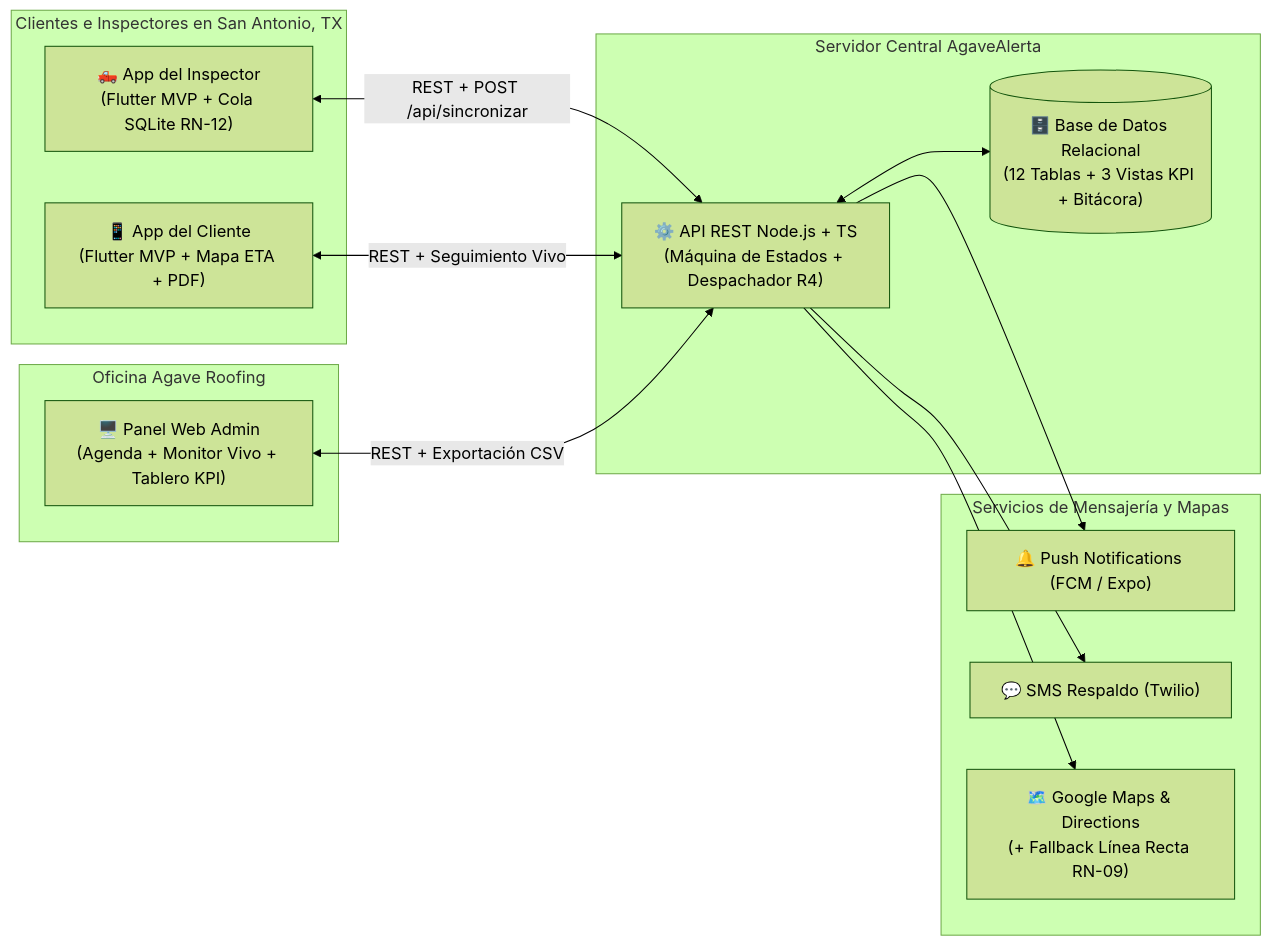
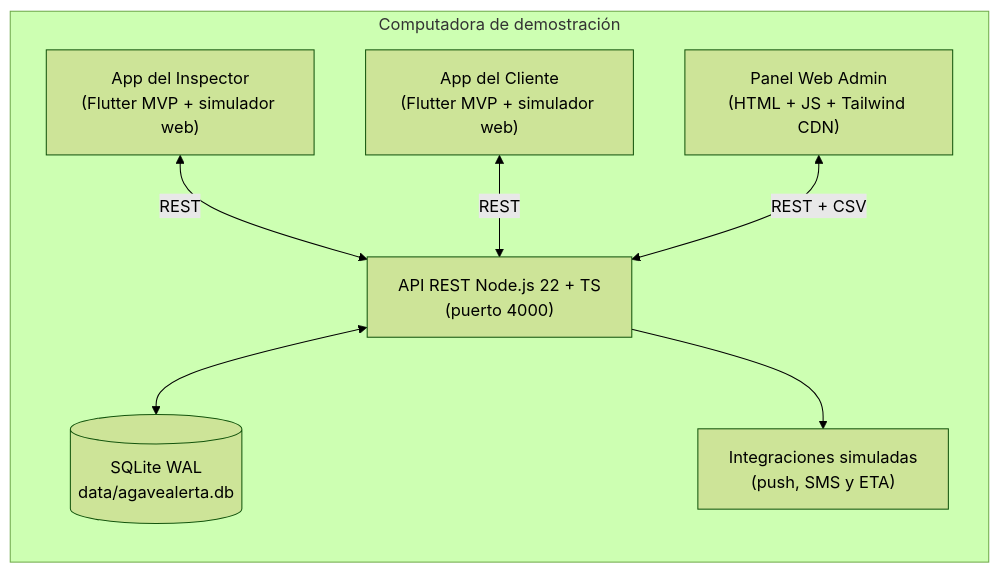
One commit to Marco324/agaveRoofing changed the diagram in docs/entregas/E12/ADR-001-Arquitectura-Final-y-Despliegue.md. Above: the diagram before and after it, drawn with Mermaid (forest theme). The commit also changed other lines of this file and 31 other files, not shown here.

````diff
--- a/docs/entregas/E12/ADR-001-Arquitectura-Final-y-Despliegue.md
+++ b/docs/entregas/E12/ADR-001-Arquitectura-Final-y-Despliegue.md
@@ -24,30 +29,17 @@
 ```mermaid
 flowchart LR
-  subgraph Campo["Clientes e Inspectores en San Antonio, TX"]
-    AppInsp["🛻 App del Inspector\n(Flutter MVP + Cola SQLite RN-12)"]
-    AppCli["📱 App del Cliente\n(Flutter MVP + Mapa ETA + PDF)"]
+  subgraph Equipo["Computadora de demostración"]
+    AppInsp["App del Inspector\n(Flutter MVP + simulador web)"]
+    AppCli["App del Cliente\n(Flutter MVP + simulador web)"]
+    Panel["Panel Web Admin\n(HTML + JS + Tailwind CDN)"]
+    API["API REST Node.js 22 + TS\n(puerto 4000)"]
+    DB[("SQLite WAL\ndata/agavealerta.db")]
+    Sim["Integraciones simuladas\n(push, SMS y ETA)"]
   end
 
-  subgraph Oficina["Oficina Agave Roofing"]
-    Panel["🖥️ Panel Web Admin\n(Agenda + Monitor Vivo + Tablero KPI)"]
-  end
-
-  subgraph Backend["Servidor Central AgaveAlerta"]
-    API["⚙️ API REST Node.js + TS\n(Máquina de Estados + Despachador R4)"]
-    DB[("🗄️ Base de Datos Relacional\n(12 Tablas + 3 Vistas KPI + Bitácora)")]
-  end
-
-  subgraph Externos["Servicios de Mensajería y Mapas"]
-    FCM["🔔 Push Notifications (FCM / Expo)"]
-    Twilio["💬 SMS Respaldo (Twilio)"]
-    Maps["🗺️ Google Maps & Directions\n(+ Fallback Línea Recta RN-09)"]
-  end
-
-  AppInsp <-->|"REST + POST /api/sincronizar"| API
-  AppCli <-->|"REST + Seguimiento Vivo"| API
-  Panel <-->|"REST + Exportación CSV"| API
+  AppInsp <-->|"REST"| API
+  AppCli <-->|"REST"| API
+  Panel <-->|"REST + CSV"| API
   API <--> DB
-  API --> FCM
-  API --> Twilio
-  API --> Maps
+  API --> Sim
 ```
````
